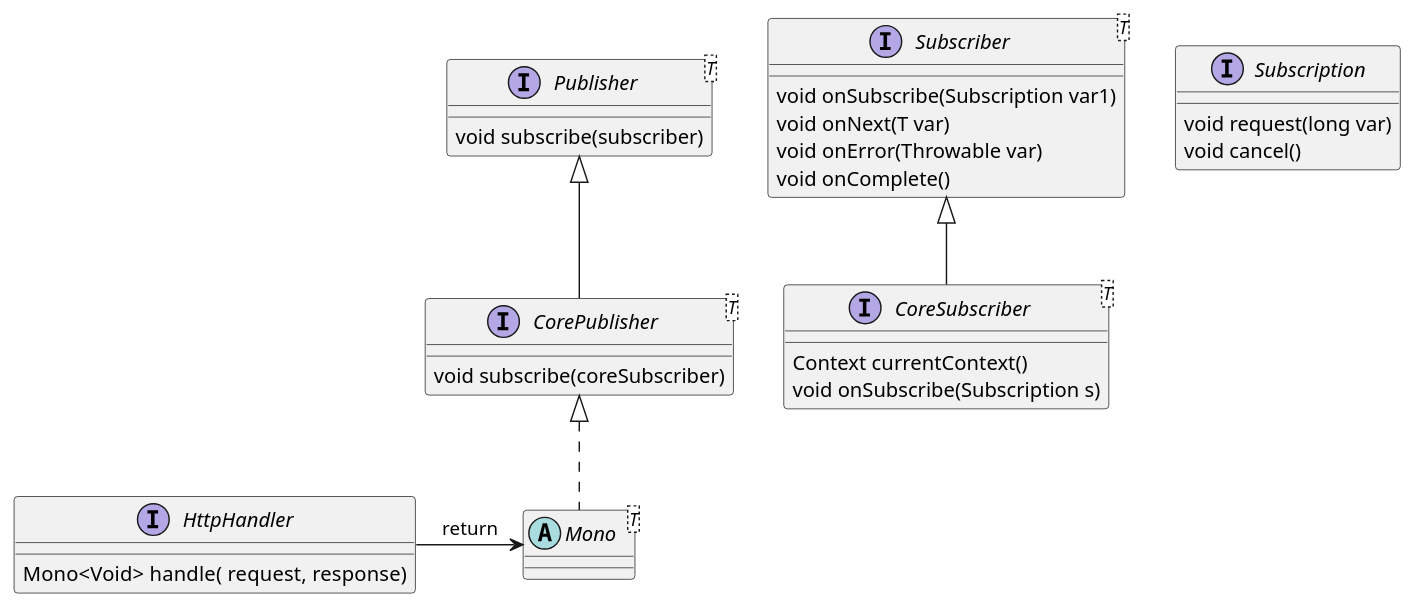
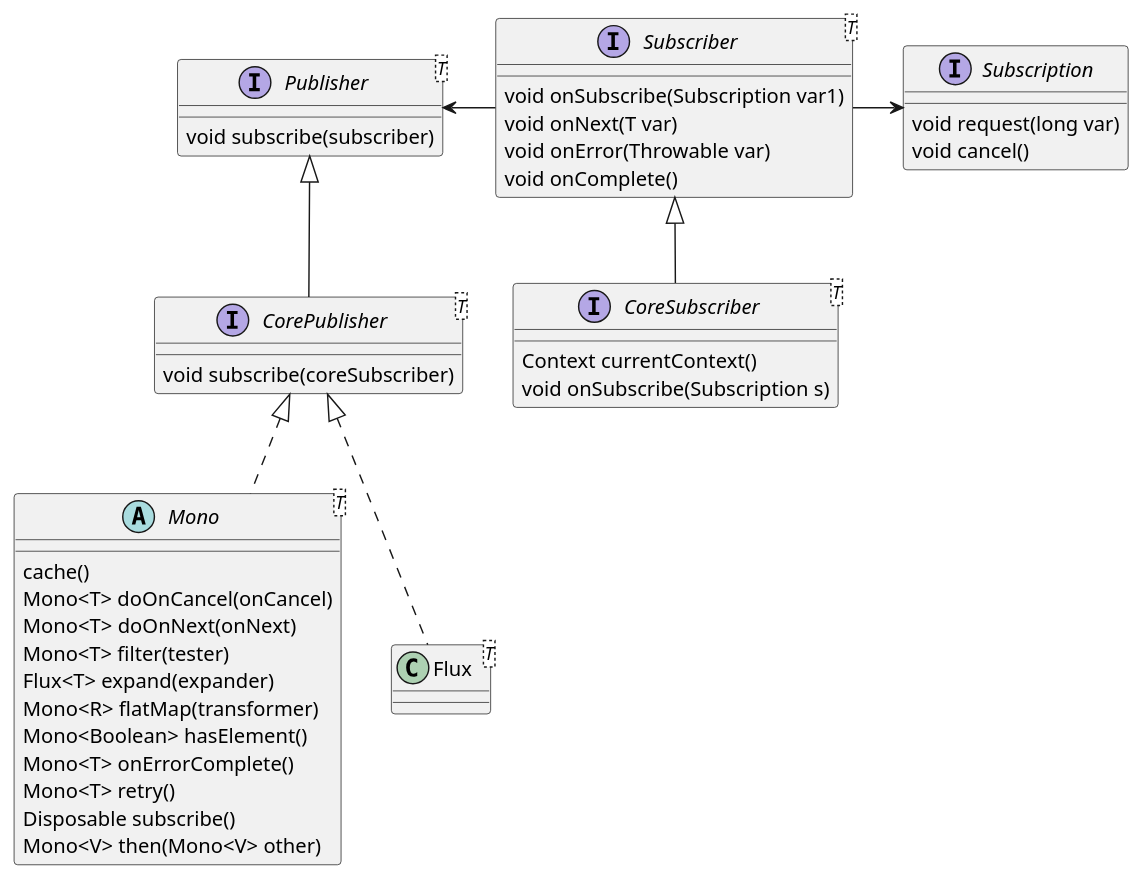
Before and after one commit to kevinwang930/kevinwang930.github.io: the diagram in content/post/java/spring/spring-webflux.md, drawn with PlantUML. The commit also changed 3 other files, not shown here.

````diff
--- a/content/post/java/spring/spring-webflux.md
+++ b/content/post/java/spring/spring-webflux.md
@@ -29,38 +29,52 @@
 ```plantuml
-interface HttpHandler {
-    Mono<Void> handle( request,  response)
-}
+
 
 interface Publisher<T> {
     void subscribe(subscriber)
 }
 
 interface CorePublisher<T> extends Publisher {
     void subscribe(coreSubscriber)
 }
 
 interface Subscriber<T> {
     void onSubscribe(Subscription var1)
     void onNext(T var)
     void onError(Throwable var)
     void onComplete()
 }
 
 interface CoreSubscriber<T> extends Subscriber {
 
     Context currentContext()
     void onSubscribe(Subscription s)
 }
 
 interface Subscription {
     void request(long var)
     void cancel()
 }
 
 
 abstract class Mono<T> implements CorePublisher {
+    cache()
+    Mono<T> doOnCancel(onCancel)
+    Mono<T> doOnNext(onNext)
+    Mono<T> filter(tester)
+    Flux<T> expand(expander)
+    Mono<R> flatMap(transformer)
+    Mono<Boolean> hasElement()
+    Mono<T> onErrorComplete()
+    Mono<T> retry()
+    Disposable subscribe()
+    Mono<V> then(Mono<V> other)
+}
+
+class Flux<T> implements CorePublisher {
 
 }
 
-HttpHandler -right-> Mono : return
+
+Subscriber -left-> Publisher
+Subscriber -right-> Subscription
 ```
````
